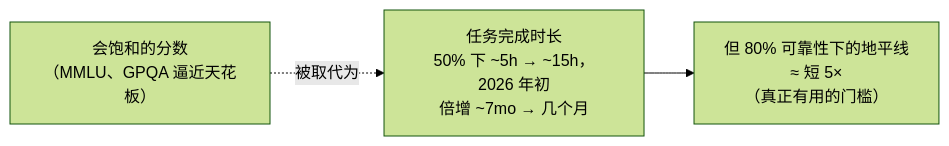
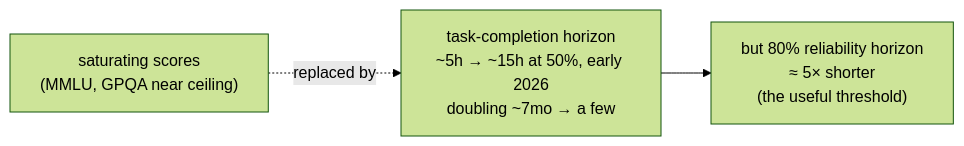
The first of 2 diagrams in zh/p11-frontiers/51-the-capability-horizon.qmd (latere-ai/ai-as-an-infrastructure), drawn with Mermaid (forest theme) before and after one commit. The commit also changed other lines of this file and 106 other files, not shown here.

````diff
--- a/zh/p11-frontiers/51-the-capability-horizon.qmd
+++ b/zh/p11-frontiers/51-the-capability-horizon.qmd
@@ -9,9 +9,9 @@
 ```{mermaid}
 %%| label: fig-horizon-trend
 %%| fig-cap: "把前沿重构成一道地平线：一个模型能自主完成的任务有多长，飞快攀升，倍增时间同时缩短。头条是 50% 可靠性下的地平线；具有经济价值的 80% 地平线大约要短五倍，而这道差距正是绑住一切的约束。"
 flowchart LR
-  score["会饱和的分数<br/>（MMLU、GPQA 逼近天花板）"]
-  horizon["任务完成时长<br/>50% 下 ~5h → ~15h，2026 年初<br/>倍增 ~7mo → 几个月"]
-  gap["但 80% 可靠性下的地平线<br/>≈ 短 5×<br/>（真正有用的门槛）"]
-  score -.被取代为.-> horizon --> gap
+  score["saturating scores<br/>(MMLU, GPQA near ceiling)"]
+  horizon["task-completion horizon<br/>~5h → ~15h at 50%, early 2026<br/>doubling ~7mo → a few"]
+  gap["but 80% reliability horizon<br/>≈ 5× shorter<br/>(the useful threshold)"]
+  score -.replaced by.-> horizon --> gap
 ```
````
